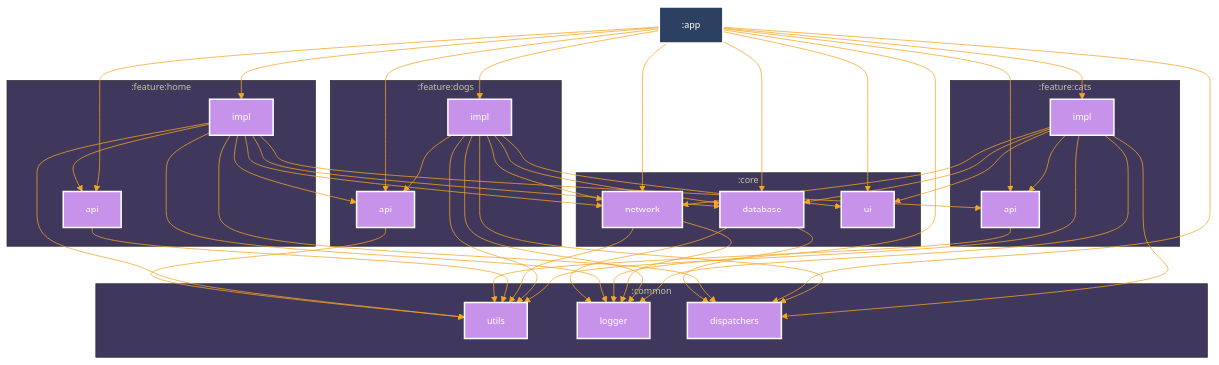
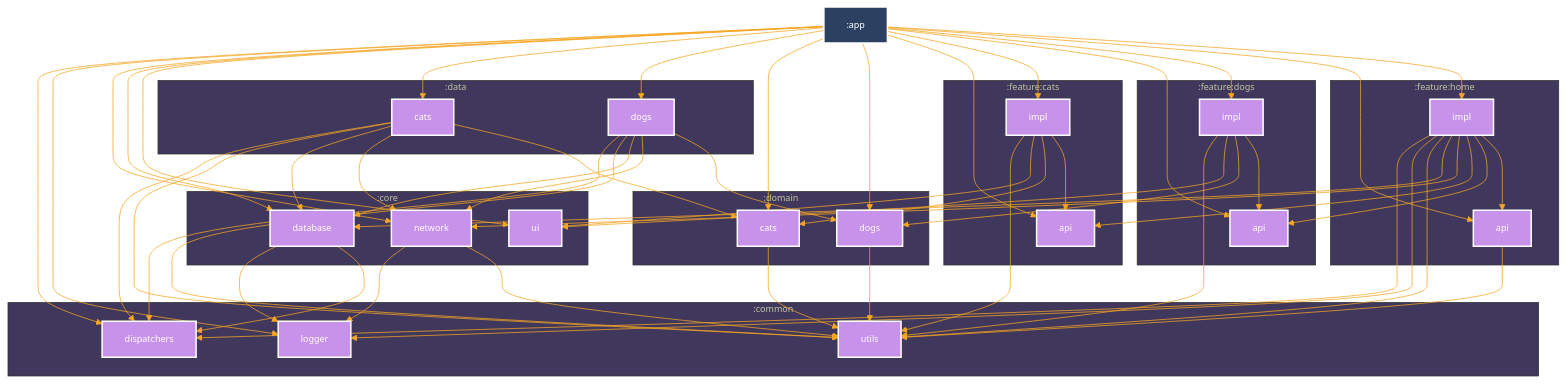
One commit to alexmprog/ThePets changed the diagram in README.md. Above: the diagram before and after it, drawn with Mermaid. The commit also changed other lines of this file, not shown here.

```diff
--- a/README.md
+++ b/README.md
@@ -32,14 +32,22 @@
 
 graph TB
   subgraph :common
-    :common:utils["utils"]
     :common:logger["logger"]
     :common:dispatchers["dispatchers"]
+    :common:utils["utils"]
   end
   subgraph :core
     :core:database["database"]
     :core:network["network"]
     :core:ui["ui"]
+  end
+  subgraph :data
+    :data:cats["cats"]
+    :data:dogs["dogs"]
+  end
+  subgraph :domain
+    :domain:cats["cats"]
+    :domain:dogs["dogs"]
   end
   subgraph :feature:cats
     :feature:cats:api["api"]
@@ -53,7 +61,6 @@
     :feature:home:impl["impl"]
     :feature:home:api["api"]
   end
-  :feature:dogs:api --> :common:utils
   :core:database --> :common:logger
   :core:database --> :common:dispatchers
   :feature:home:impl --> :common:dispatchers
@@ -64,12 +71,20 @@
   :feature:home:impl --> :feature:cats:api
   :feature:home:impl --> :feature:dogs:api
   :feature:home:impl --> :feature:home:api
-  :feature:cats:api --> :common:utils
+  :data:cats --> :common:dispatchers
+  :data:cats --> :common:utils
+  :data:cats --> :core:database
+  :data:cats --> :core:network
+  :data:cats --> :domain:cats
   :app --> :common:dispatchers
   :app --> :common:logger
   :app --> :core:network
   :app --> :core:database
   :app --> :core:ui
+  :app --> :data:cats
+  :app --> :data:dogs
+  :app --> :domain:cats
+  :app --> :domain:dogs
   :app --> :feature:cats:api
   :app --> :feature:cats:impl
   :app --> :feature:dogs:api
@@ -79,34 +94,39 @@
   :feature:home:api --> :common:utils
   :core:network --> :common:logger
   :core:network --> :common:utils
-  :feature:dogs:impl --> :common:dispatchers
-  :feature:dogs:impl --> :common:logger
+  :data:dogs --> :common:dispatchers
+  :data:dogs --> :common:utils
+  :data:dogs --> :core:database
+  :data:dogs --> :core:network
+  :data:dogs --> :domain:dogs
+  :domain:cats --> :common:utils
   :feature:dogs:impl --> :common:utils
-  :feature:dogs:impl --> :core:database
-  :feature:dogs:impl --> :core:network
   :feature:dogs:impl --> :core:ui
+  :feature:dogs:impl --> :domain:dogs
   :feature:dogs:impl --> :feature:dogs:api
-  :feature:cats:impl --> :common:dispatchers
-  :feature:cats:impl --> :common:logger
+  :domain:dogs --> :common:utils
   :feature:cats:impl --> :common:utils
-  :feature:cats:impl --> :core:database
-  :feature:cats:impl --> :core:network
   :feature:cats:impl --> :core:ui
+  :feature:cats:impl --> :domain:cats
   :feature:cats:impl --> :feature:cats:api
 
 classDef kotlin-multiplatform fill:#C792EA,stroke:#fff,stroke-width:2px,color:#fff;
 classDef android-application fill:#2C4162,stroke:#fff,stroke-width:2px,color:#fff;
-class :feature:dogs:api kotlin-multiplatform
-class :common:utils kotlin-multiplatform
 class :core:database kotlin-multiplatform
 class :common:logger kotlin-multiplatform
 class :common:dispatchers kotlin-multiplatform
 class :feature:home:impl kotlin-multiplatform
+class :common:utils kotlin-multiplatform
 class :core:network kotlin-multiplatform
 class :feature:cats:api kotlin-multiplatform
+class :feature:dogs:api kotlin-multiplatform
 class :feature:home:api kotlin-multiplatform
+class :data:cats kotlin-multiplatform
+class :domain:cats kotlin-multiplatform
 class :app android-application
 class :core:ui kotlin-multiplatform
+class :data:dogs kotlin-multiplatform
+class :domain:dogs kotlin-multiplatform
 class :feature:cats:impl kotlin-multiplatform
 class :feature:dogs:impl kotlin-multiplatform
 
```
